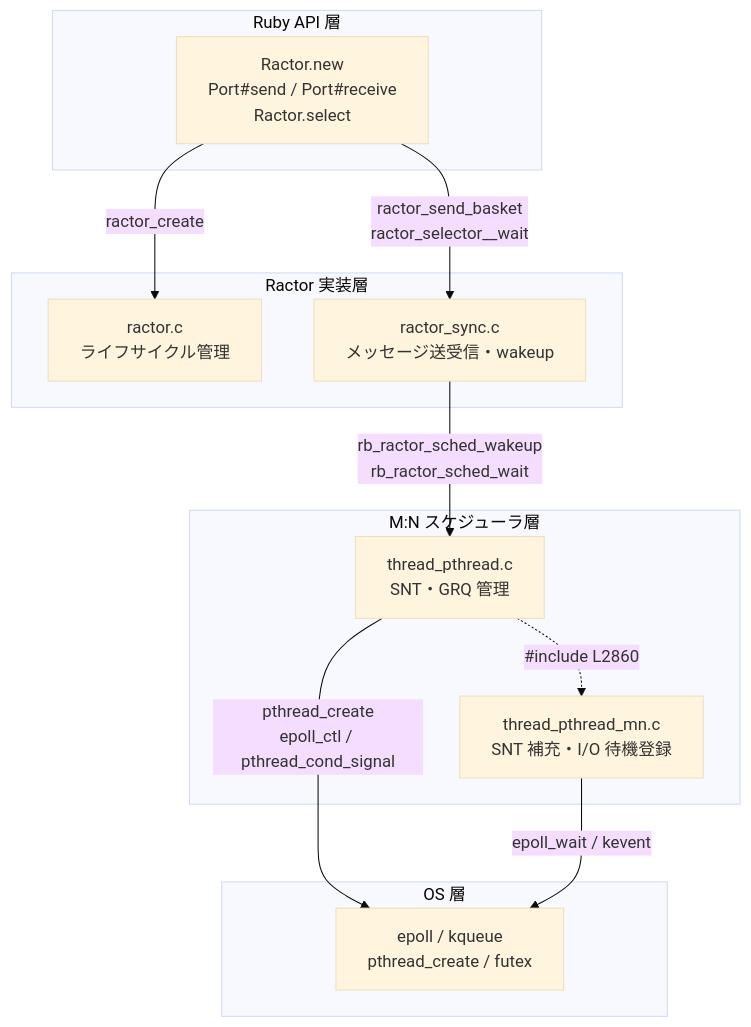
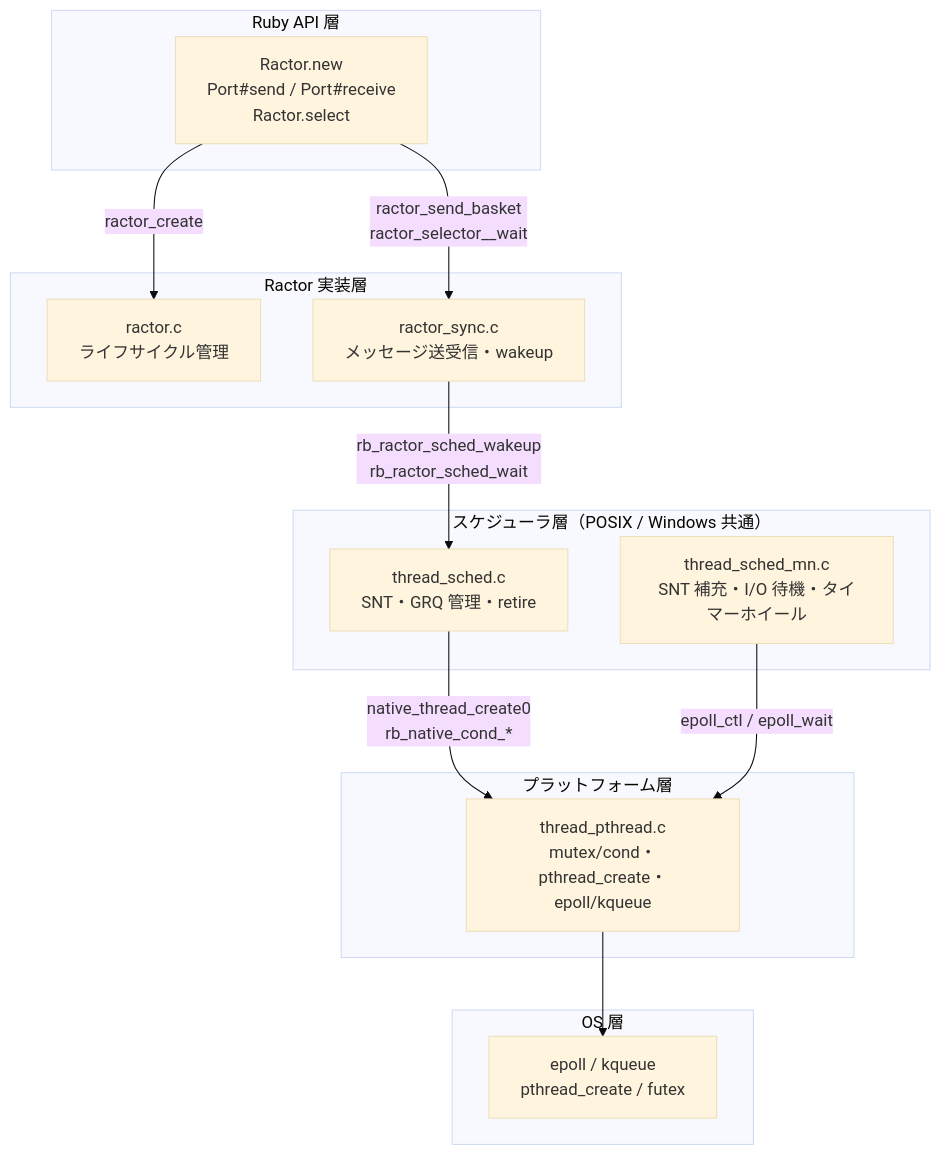
The first of 2 diagrams in wiki/source-reading-guide.md (thekuwayama/biryani-benchmarks), drawn with Mermaid (base theme) before and after one commit. The commit also changed other lines of this file and 11 other files, not shown here.

````diff
--- a/wiki/source-reading-guide.md
+++ b/wiki/source-reading-guide.md
@@ -17,24 +21,27 @@
 ```mermaid
 flowchart TD
     subgraph Ruby_API["Ruby API 層"]
         A["Ractor.new\nPort#send / Port#receive\nRactor.select"]
     end
     subgraph Ractor_impl["Ractor 実装層"]
         B["ractor.c\nライフサイクル管理"]
         C["ractor_sync.c\nメッセージ送受信・wakeup"]
     end
-    subgraph MN["M:N スケジューラ層"]
-        D["thread_pthread.c\nSNT・GRQ 管理"]
-        E["thread_pthread_mn.c\nSNT 補充・I/O 待機登録"]
+    subgraph MN["スケジューラ層（POSIX / Windows 共通）"]
+        D["thread_sched.c\nSNT・GRQ 管理・retire"]
+        E["thread_sched_mn.c\nSNT 補充・I/O 待機・タイマーホイール"]
+    end
+    subgraph PF["プラットフォーム層"]
+        P["thread_pthread.c\nmutex/cond・pthread_create・epoll/kqueue"]
     end
     subgraph OS_layer["OS 層"]
         F["epoll / kqueue\npthread_create / futex"]
     end
 
     A -->|ractor_create| B
     A -->|"ractor_send_basket\nractor_selector__wait"| C
     C -->|"rb_ractor_sched_wakeup\nrb_ractor_sched_wait"| D
-    D -. "#include L2860" .-> E
-    D -->|"pthread_create\nepoll_ctl / pthread_cond_signal"| F
-    E -->|"epoll_wait / kevent"| F
+    D -->|"native_thread_create0\nrb_native_cond_*"| P
+    E -->|"epoll_ctl / epoll_wait"| P
+    P --> F
 ```
````
